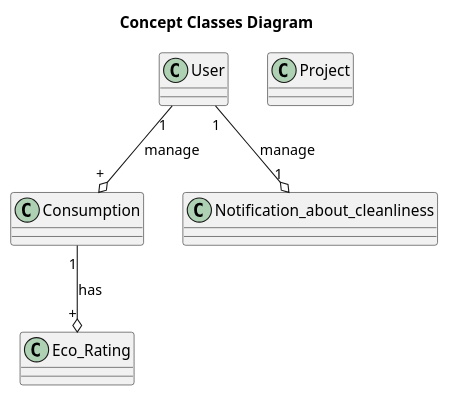
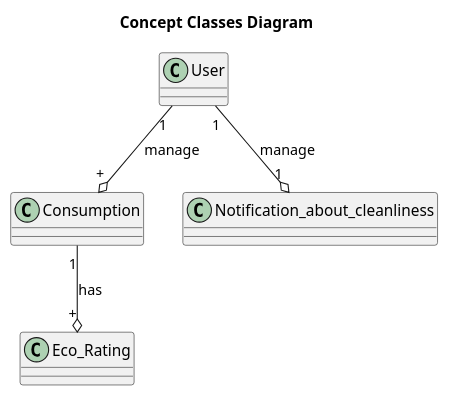
One commit to oleksandrblazhko/ai-211-martinyuk changed the diagram in 2-SoftwareDesign/2.7-PlantUML/UML-ConceptClasses.puml. Above: the diagram before and after it, drawn with PlantUML.

```diff
--- a/2-SoftwareDesign/2.7-PlantUML/UML-ConceptClasses.puml
+++ b/2-SoftwareDesign/2.7-PlantUML/UML-ConceptClasses.puml
@@ -1,13 +1,12 @@
 @startuml
 title Concept Classes Diagram
 
 Class User
-Class Project
 Class Consumption
 Class Notification_about_cleanliness
 Class Eco_Rating
 
 User"1" --o "+"Consumption: manage
 Consumption"1" --o "+"Eco_Rating: has
 User"1" --o "1"Notification_about_cleanliness: manage
 @enduml
```
